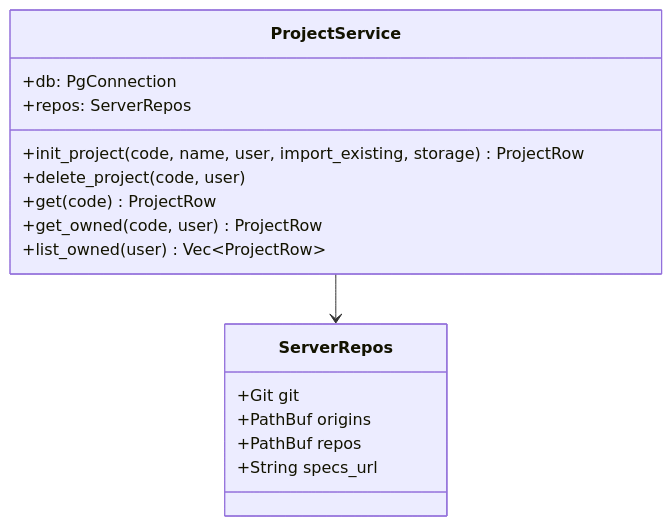
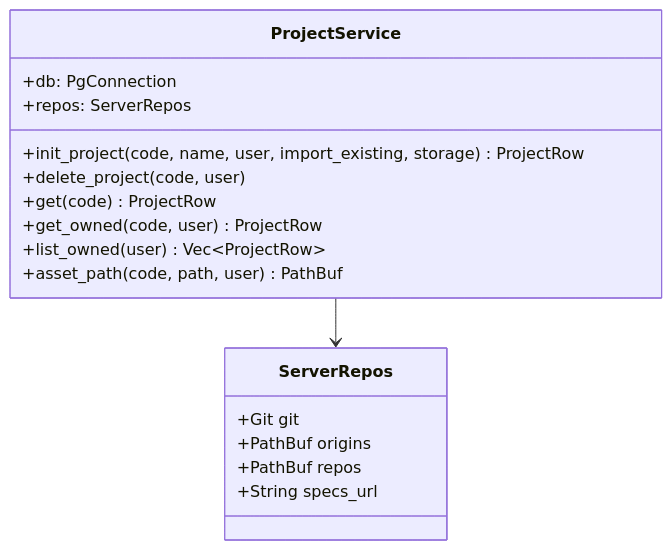
The first of 6 diagrams in docs/specs/06-DOM/SYNC-DOM-004.md (HoyoungParkme/syncdoc), drawn with Mermaid before and after one commit. The commit also changed other lines of this file, not shown here.

````diff
--- a/docs/specs/06-DOM/SYNC-DOM-004.md
+++ b/docs/specs/06-DOM/SYNC-DOM-004.md
@@ -324,19 +326,20 @@
 ```mermaid
 classDiagram
     class ProjectService {
         +db: PgConnection
         +repos: ServerRepos
         +init_project(code, name, user, import_existing, storage) ProjectRow
         +delete_project(code, user)
         +get(code) ProjectRow
         +get_owned(code, user) ProjectRow
         +list_owned(user) Vec~ProjectRow~
+        +asset_path(code, path, user) PathBuf
     }
     class ServerRepos {
         +Git git
         +PathBuf origins
         +PathBuf repos
         +String specs_url
     }
     ProjectService --> ServerRepos
 ```
````
